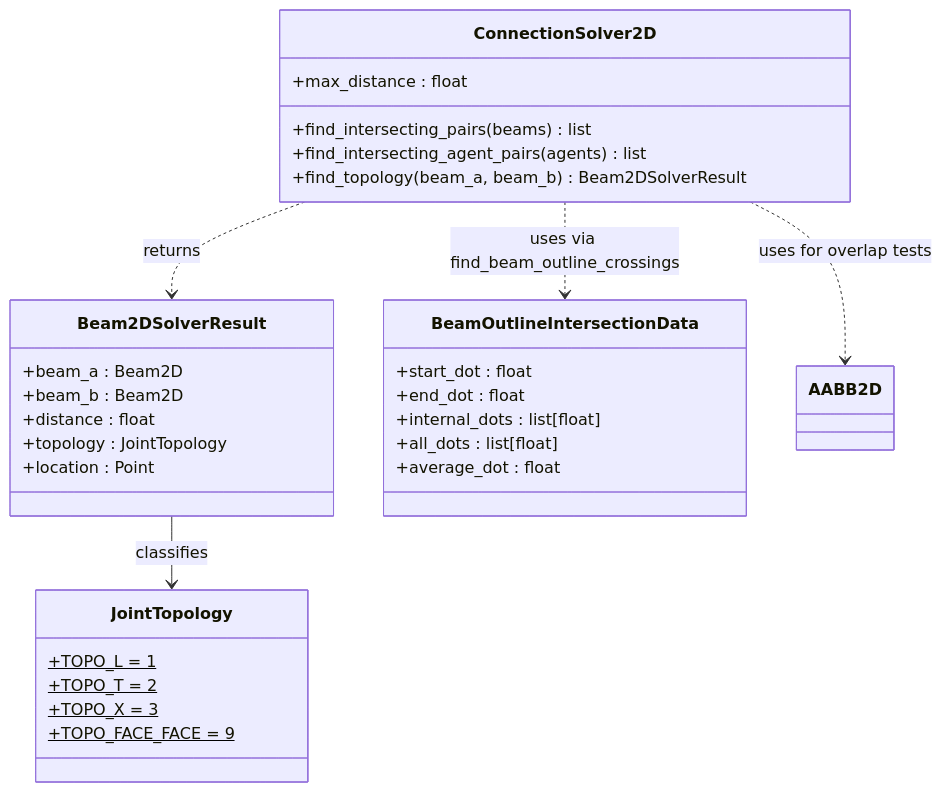
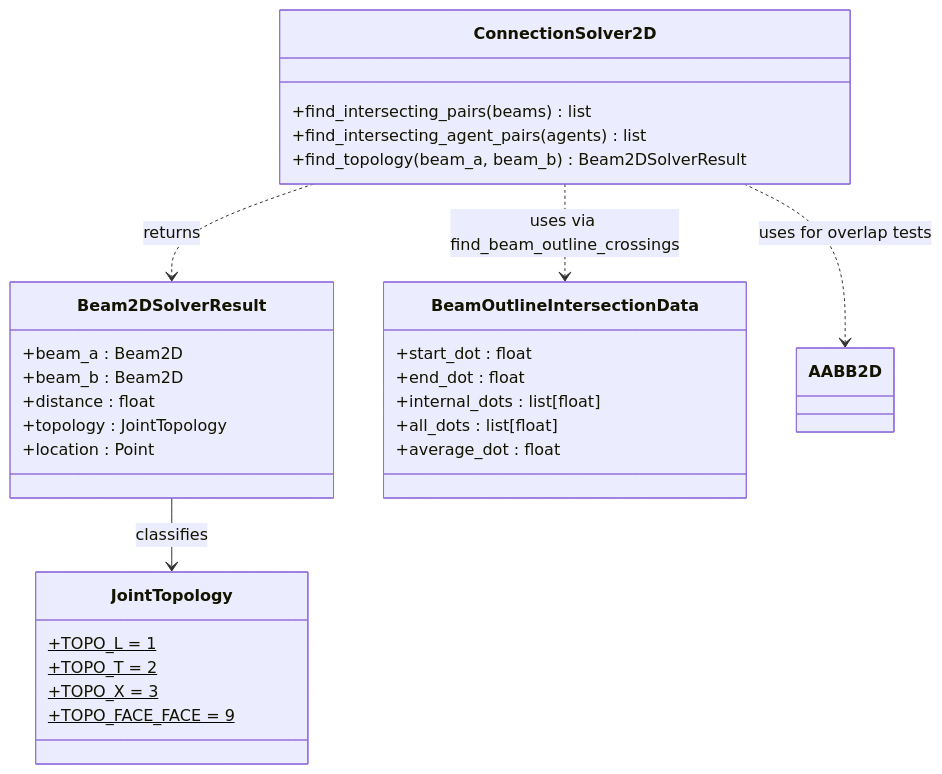
Before and after one commit to gramaziokohler/timber_design: the seventh of 7 diagrams in docs/contribution/class_diagrams.md, drawn with Mermaid. The commit also changed other lines of this file and 27 other files, not shown here.

````diff
--- a/docs/contribution/class_diagrams.md
+++ b/docs/contribution/class_diagrams.md
@@ -339,39 +428,37 @@
 ```mermaid
 classDiagram
 
     class ConnectionSolver2D {
-        +max_distance : float
         +find_intersecting_pairs(beams) list
         +find_intersecting_agent_pairs(agents) list
         +find_topology(beam_a, beam_b) Beam2DSolverResult
     }
 
     class Beam2DSolverResult {
         +beam_a : Beam2D
         +beam_b : Beam2D
         +distance : float
         +topology : JointTopology
         +location : Point
     }
 
     class BeamOutlineIntersectionData {
         +start_dot : float
         +end_dot : float
         +internal_dots : list[float]
         +all_dots : list[float]
         +average_dot : float
     }
 
     class JointTopology {
         +TOPO_L = 1$
         +TOPO_T = 2$
         +TOPO_X = 3$
         +TOPO_FACE_FACE = 9$
     }
 
-    %% Associations
     ConnectionSolver2D ..> Beam2DSolverResult : returns
     ConnectionSolver2D ..> AABB2D : uses for overlap tests
     ConnectionSolver2D ..> BeamOutlineIntersectionData : uses via find_beam_outline_crossings
     Beam2DSolverResult --> JointTopology : classifies
 ```
````
